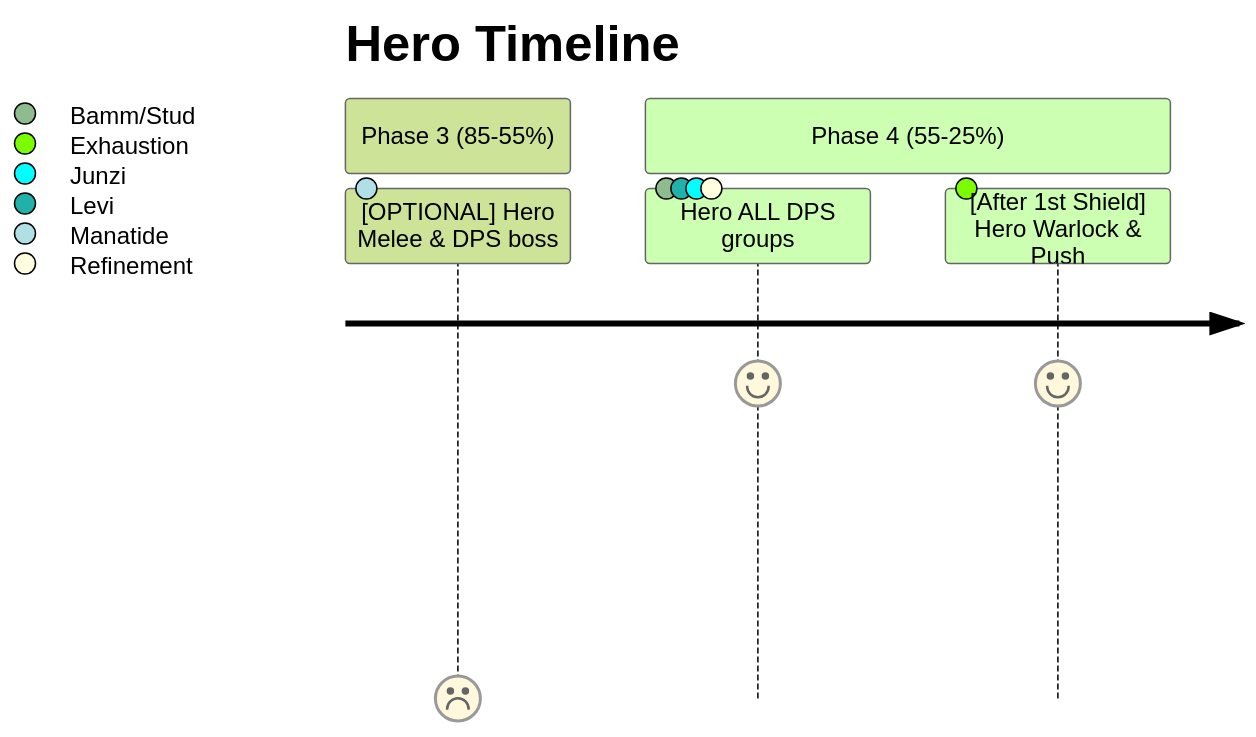
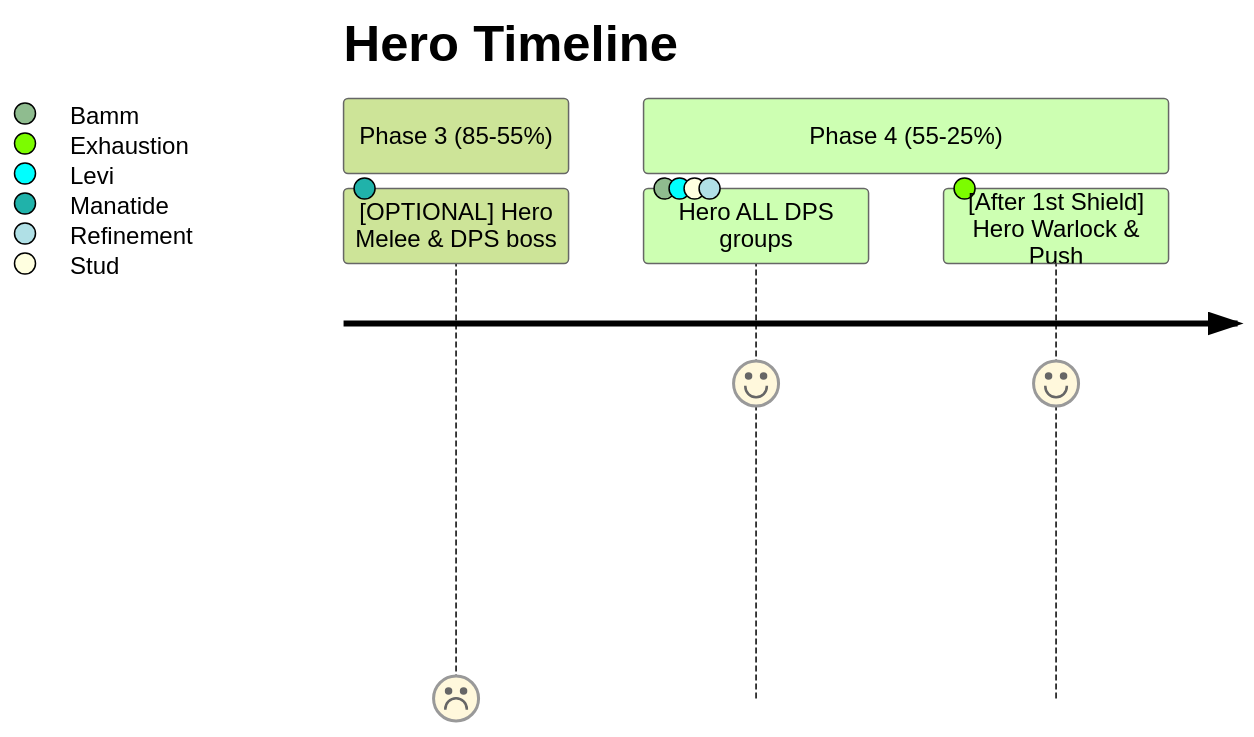
One commit to leemWF/READMEVault changed the tenth of 11 diagrams in wepulled/swp/README.md. Above: the diagram before and after it, drawn with Mermaid (forest theme). The commit also changed other lines of this file, not shown here.

````diff
--- a/wepulled/swp/README.md
+++ b/wepulled/swp/README.md
@@ -229,9 +229,9 @@
 ```mermaid
 journey
     title Hero Timeline
     section Phase 3 (85-55%)
       [OPTIONAL] Hero Melee & DPS boss: 0: Manatide
     section Phase 4 (55-25%)
-      Hero ALL DPS groups: 7: Bamm/Stud, Levi, Junzi, Refinement
+      Hero ALL DPS groups: 7: Bamm, Levi, Stud, Refinement
       [After 1st Shield] Hero Warlock & Push: 7: Exhaustion
 ```
````
